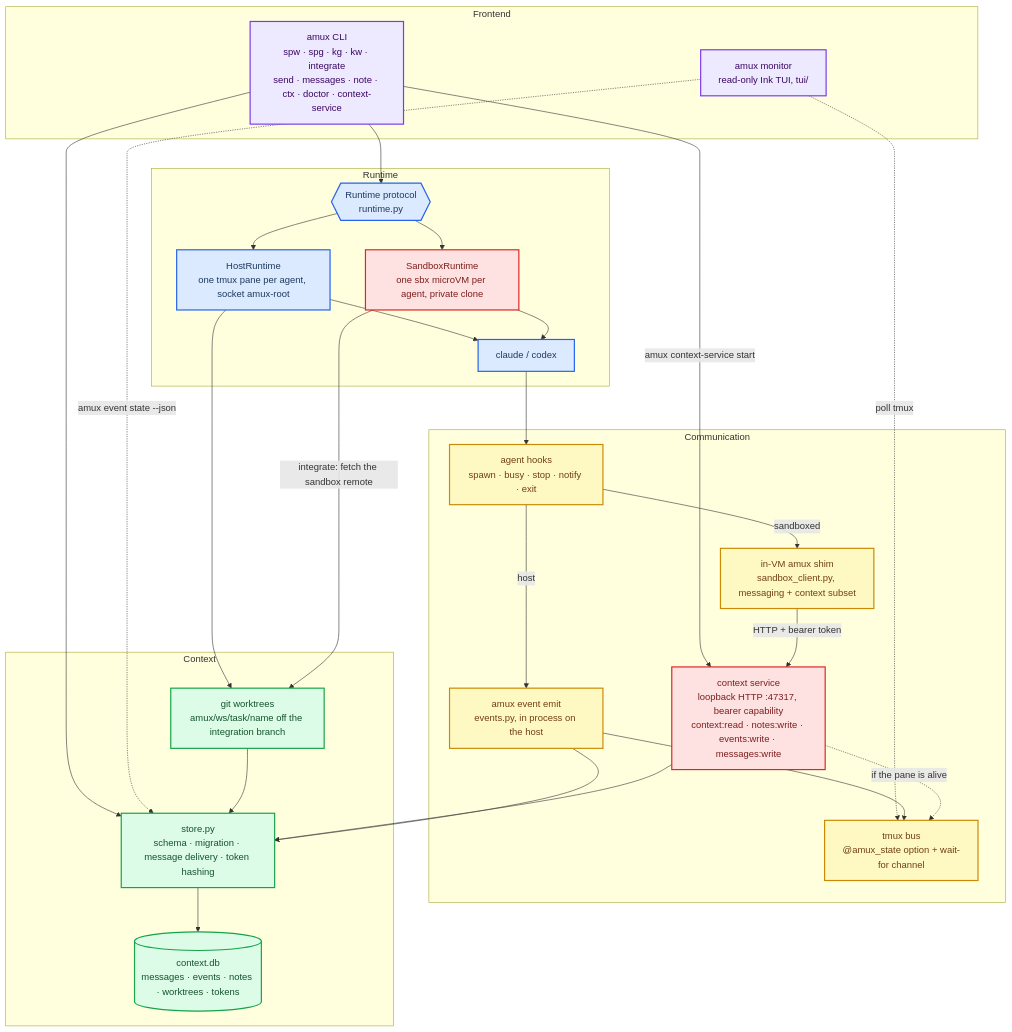
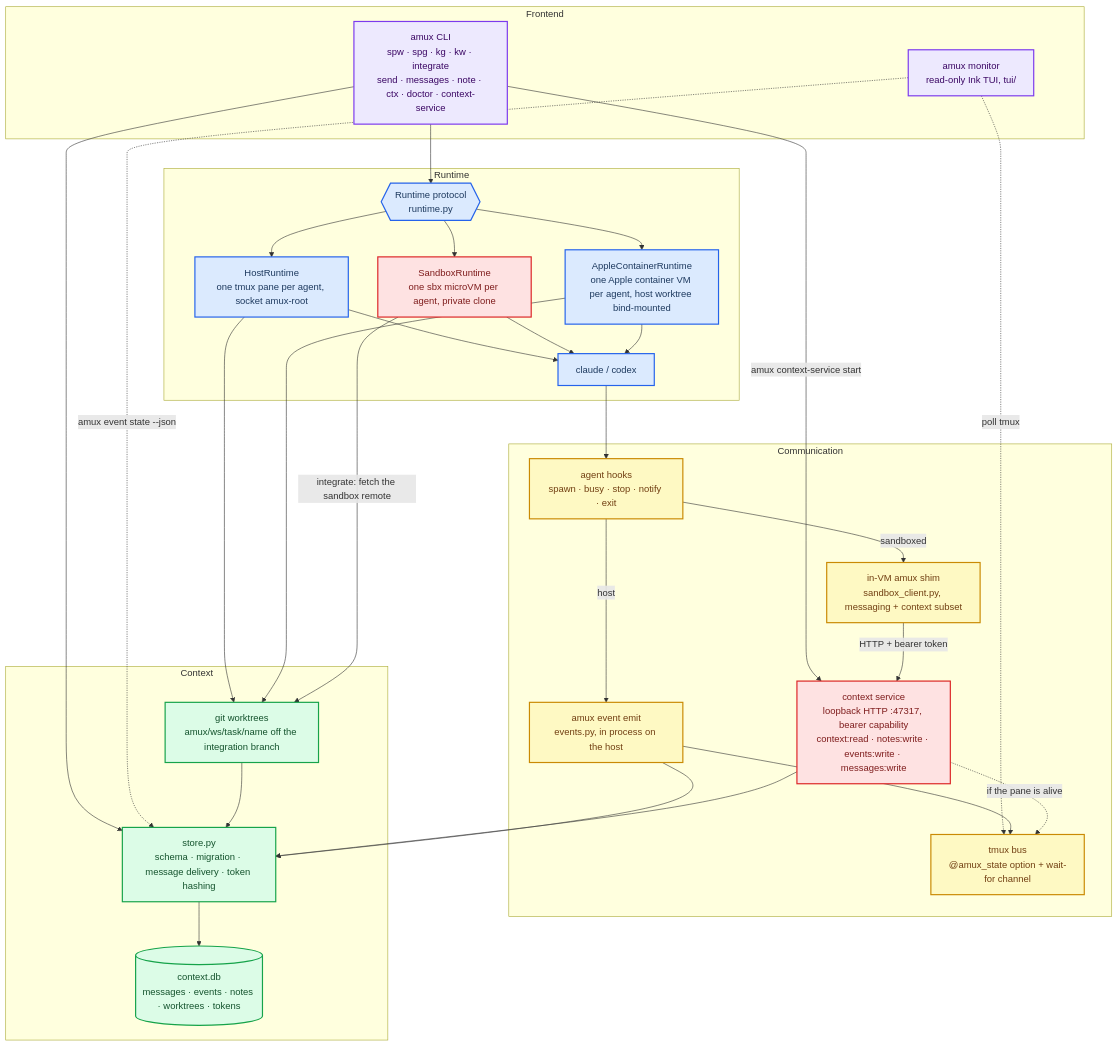
One commit to stanfish06/amux changed the diagram in README.md. Above: the diagram before and after it, drawn with Mermaid. The commit also changed other lines of this file, not shown here.

````diff
--- a/README.md
+++ b/README.md
@@ -105,66 +60,70 @@
 ```mermaid
 flowchart TB
     accTitle: amux Layered Architecture
-    accDescr: The CLI and monitor TUI drive one of two runtimes, host tmux panes or Docker sandbox microVMs, agents report state either directly or through an authenticated loopback context service, and both paths converge on one host-side context database.
+    accDescr: The CLI and monitor TUI drive one of three runtimes, host tmux panes, Docker sandbox microVMs, or Apple container VMs, agents report state either directly or through an authenticated loopback context service, and the paths converge on one host-side context database.
 
     subgraph frontend ["Frontend"]
         cli["amux CLI<br/>spw · spg · kg · kw · integrate<br/>send · messages · note · ctx · doctor · context-service"]
         tui["amux monitor<br/>read-only Ink TUI, tui/"]
     end
 
     subgraph runtime ["Runtime"]
         proto{{"Runtime protocol<br/>runtime.py"}}
         host["HostRuntime<br/>one tmux pane per agent, socket amux-root"]
         vm["SandboxRuntime<br/>one sbx microVM per agent, private clone"]
+        apple["AppleContainerRuntime<br/>one Apple container VM per agent, host worktree bind-mounted"]
         agent["claude / codex"]
     end
 
     subgraph comms ["Communication"]
         hooks["agent hooks<br/>spawn · busy · stop · notify · exit"]
         emit["amux event emit<br/>events.py, in process on the host"]
         shim["in-VM amux shim<br/>sandbox_client.py, messaging + context subset"]
         svc["context service<br/>loopback HTTP :47317, bearer capability<br/>context:read · notes:write · events:write · messages:write"]
         bus["tmux bus<br/>@amux_state option + wait-for channel"]
     end
 
     subgraph contextl ["Context"]
         store["store.py<br/>schema · migration · message delivery · token hashing"]
         db[("context.db<br/>messages · events · notes · worktrees · tokens")]
         trees["git worktrees<br/>amux/ws/task/name off the integration branch"]
     end
 
     cli --> proto
     cli --> store
     cli -->|"amux context-service start"| svc
     tui -.->|"poll tmux"| bus
     tui -.->|"amux event state --json"| store
     proto --> host
     proto --> vm
+    proto --> apple
     host --> agent
     vm --> agent
+    apple --> agent
     host --> trees
+    apple --> trees
     vm -->|"integrate: fetch the sandbox remote"| trees
     trees --> store
 
     agent --> hooks
     hooks -->|host| emit
     hooks -->|sandboxed| shim
     shim -->|"HTTP + bearer token"| svc
     svc --> store
     emit --> store
     emit --> bus
     svc -.->|"if the pane is alive"| bus
     store --> db
 
     classDef frontend_style fill:#ede9fe,stroke:#7c3aed,stroke-width:2px,color:#3b0764
     classDef runtime_style fill:#dbeafe,stroke:#2563eb,stroke-width:2px,color:#1e3a5f
     classDef comms_style fill:#fef9c3,stroke:#ca8a04,stroke-width:2px,color:#713f12
     classDef context_style fill:#dcfce7,stroke:#16a34a,stroke-width:2px,color:#14532d
     classDef guard_style fill:#fee2e2,stroke:#dc2626,stroke-width:2px,color:#7f1d1d
 
     class cli,tui frontend_style
-    class proto,host,agent runtime_style
+    class proto,host,apple,agent runtime_style
     class hooks,emit,shim,bus comms_style
     class store,db,trees context_style
     class vm,svc guard_style
 ```
````
